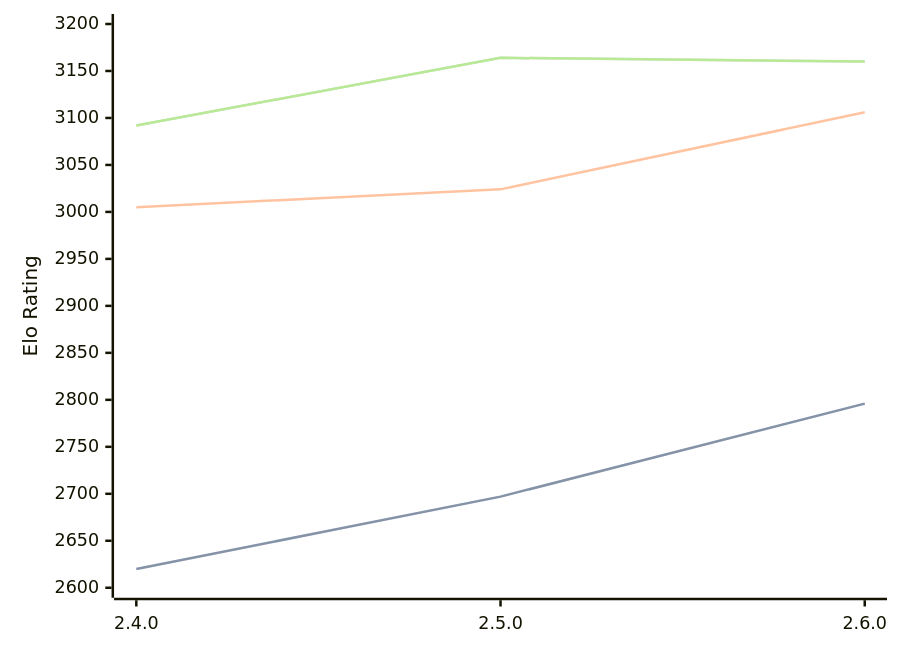
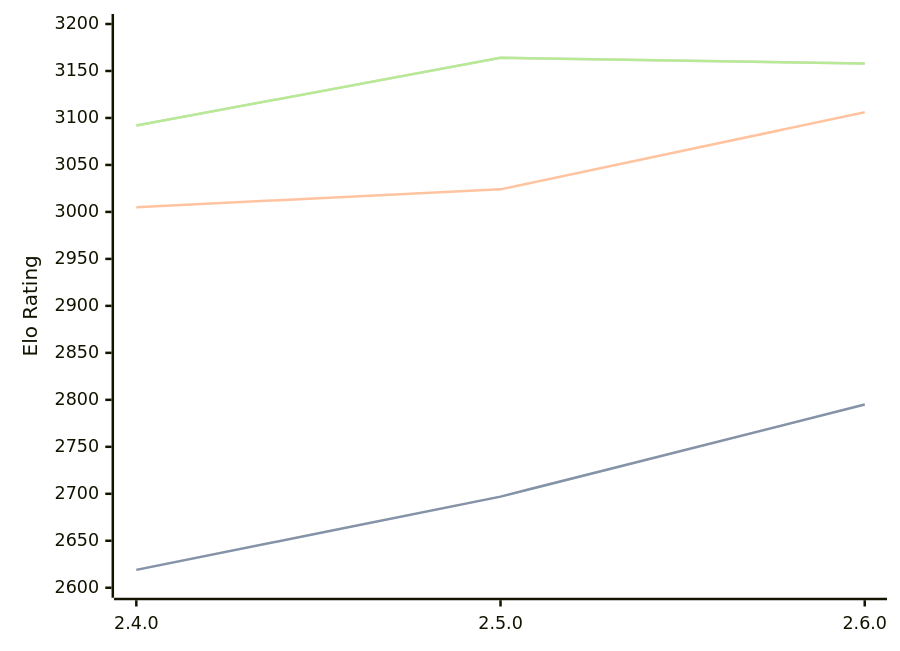
Before and after one commit to computer-chess-index/cci: the diagram in engines/Sturddle2.md, drawn with Mermaid. The commit also changed other lines of this file, not shown here.

Commit message:
Update CCI Ratings (ELO VLTC) - 2026-09-03

````diff
--- a/engines/Sturddle2.md
+++ b/engines/Sturddle2.md
@@ -33,11 +33,11 @@
 ```mermaid
 %%{init: {"theme":"base","themeVariables":{"seriesColors:['#a3a3a3','#222221','#faa371']}}}%%
 xychart-beta
   x-axis ["2.4.0", "2.5.0", "2.6.0"]
   y-axis "Elo Rating" 2600 --> 3200
-  line "" [2620, 2697, 2796]
-  line "STC (8.0+0.08s)" [2620, 2697, 2796]
+  line "" [2619, 2697, 2795]
+  line "STC (8.0+0.08s)" [2619, 2697, 2795]
   line "LTC (60.0+0.60s)" [3005, 3024, 3106]
-  line "" [3092, 3164, 3160]
-  line "VLTC (2m24s+1.12s)" [3092, 3164, 3160]
+  line "" [3092, 3164, 3158]
+  line "VLTC (2m24s+1.12s)" [3092, 3164, 3158]
 ```
````
